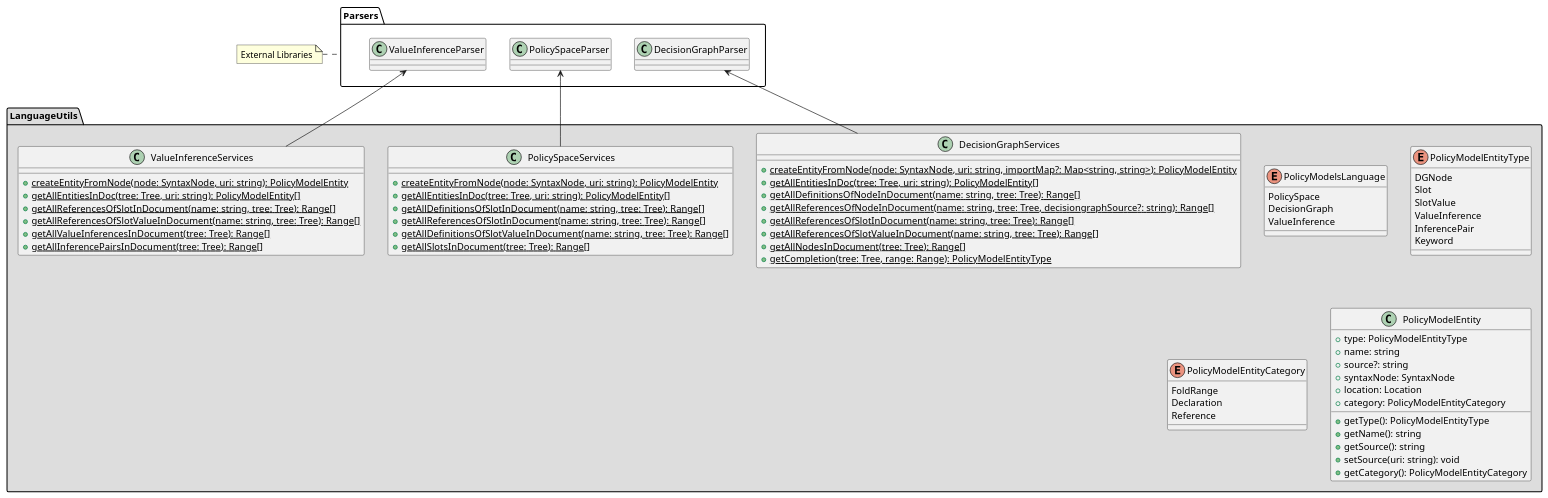
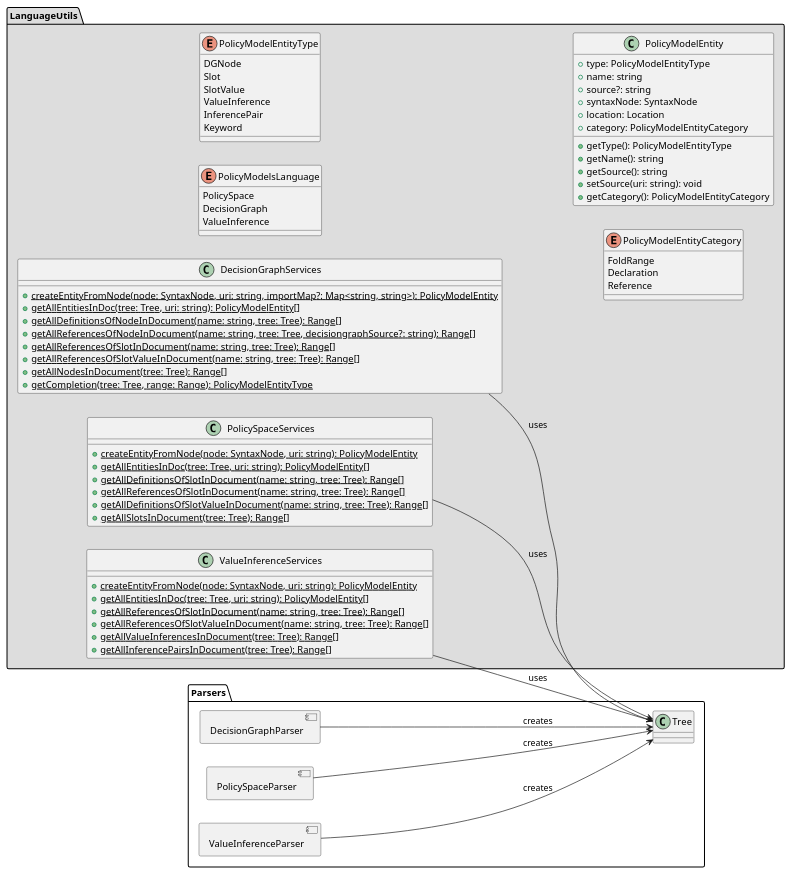
Before and after one commit to wolfj123/PolicyModelsPlugin: the diagram in plugin/diagrams/server/LanguageUtils.puml, drawn with PlantUML. The commit also changed 1 other file, not shown here.

```diff
--- a/plugin/diagrams/server/LanguageUtils.puml
+++ b/plugin/diagrams/server/LanguageUtils.puml
@@ -1,80 +1,89 @@
 @startuml
 
 'skinparam style strictuml
-top to bottom direction
+'top to bottom direction
+left to right direction
 allowmixing
 
 package LanguageUtils #DDDDDD {
     enum PolicyModelsLanguage {
         PolicySpace
         DecisionGraph
         ValueInference
     }
     enum PolicyModelEntityType {
         DGNode
         Slot
         SlotValue
         ValueInference
         InferencePair
         Keyword
     }
     enum PolicyModelEntityCategory {
         FoldRange
         Declaration
         Reference
     }
     class PolicyModelEntity {
         +type: PolicyModelEntityType
         +name: string
         +source?: string
         +syntaxNode: SyntaxNode
         +location: Location
         +category: PolicyModelEntityCategory
         +getType(): PolicyModelEntityType
         +getName(): string
         +getSource(): string
         +setSource(uri: string): void
         +getCategory(): PolicyModelEntityCategory
     }
     class DecisionGraphServices {
         +{static} createEntityFromNode(node: SyntaxNode, uri: string, importMap?: Map<string, string>): PolicyModelEntity
         +{static} getAllEntitiesInDoc(tree: Tree, uri: string): PolicyModelEntity[]
         +{static} getAllDefinitionsOfNodeInDocument(name: string, tree: Tree): Range[]
         +{static} getAllReferencesOfNodeInDocument(name: string, tree: Tree, decisiongraphSource?: string): Range[]
         +{static} getAllReferencesOfSlotInDocument(name: string, tree: Tree): Range[]
         +{static} getAllReferencesOfSlotValueInDocument(name: string, tree: Tree): Range[]
         +{static} getAllNodesInDocument(tree: Tree): Range[]
         +{static} getCompletion(tree: Tree, range: Range): PolicyModelEntityType
     }
     class PolicySpaceServices {
         +{static} createEntityFromNode(node: SyntaxNode, uri: string): PolicyModelEntity
         +{static} getAllEntitiesInDoc(tree: Tree, uri: string): PolicyModelEntity[]
         +{static} getAllDefinitionsOfSlotInDocument(name: string, tree: Tree): Range[]
         +{static} getAllReferencesOfSlotInDocument(name: string, tree: Tree): Range[]
         +{static} getAllDefinitionsOfSlotValueInDocument(name: string, tree: Tree): Range[]
         +{static} getAllSlotsInDocument(tree: Tree): Range[]
     }
     class ValueInferenceServices {
         +{static} createEntityFromNode(node: SyntaxNode, uri: string): PolicyModelEntity
         +{static} getAllEntitiesInDoc(tree: Tree, uri: string): PolicyModelEntity[]
         +{static} getAllReferencesOfSlotInDocument(name: string, tree: Tree): Range[]
         +{static} getAllReferencesOfSlotValueInDocument(name: string, tree: Tree): Range[]
         +{static} getAllValueInferencesInDocument(tree: Tree): Range[]
         +{static} getAllInferencePairsInDocument(tree: Tree): Range[]
     }
 }
 
 package Parsers {
-    class DecisionGraphParser
-    class PolicySpaceParser
-    class ValueInferenceParser
+    component DecisionGraphParser
+    component PolicySpaceParser
+    component ValueInferenceParser
+    class Tree
 }
 
-note "External Libraries" as n_ext
-n_ext .right. Parsers
+' note "External Libraries" as n_ext
+' n_ext .right. Parsers
 
-DecisionGraphServices -up-> DecisionGraphParser
-PolicySpaceServices -up-> PolicySpaceParser
-ValueInferenceServices -up-> ValueInferenceParser
+' DecisionGraphServices -right-> DecisionGraphParser
+' PolicySpaceServices -right-> PolicySpaceParser
+' ValueInferenceServices -right-> ValueInferenceParser
+DecisionGraphServices --> Tree : "uses"
+PolicySpaceServices --> Tree : uses
+ValueInferenceServices --> Tree : uses
+DecisionGraphParser --> Tree : "creates"
+PolicySpaceParser --> Tree : "creates"
+ValueInferenceParser --> Tree : "creates"
+
 
 @enduml
```
